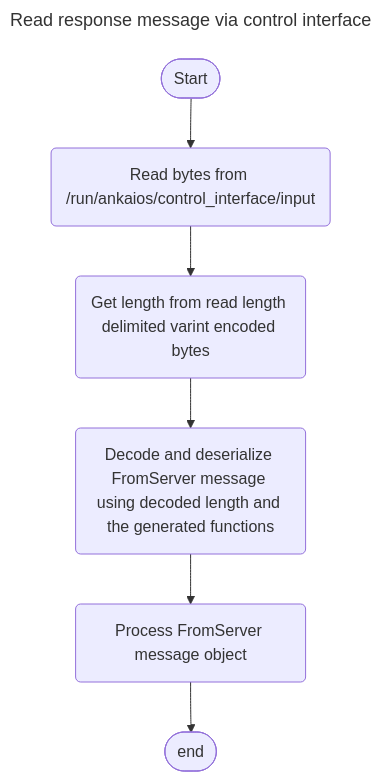
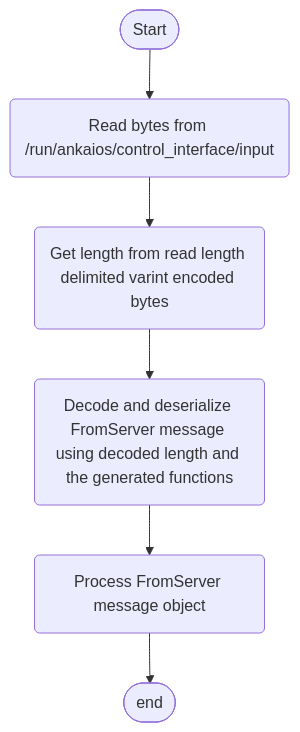
Before and after one commit to eclipse-ankaios/ankaios: the fifth of 5 diagrams in doc/docs/reference/control-interface.md, drawn with Mermaid. The commit also changed other lines of this file, not shown here.

First line of the commit message:
Fix mermaid titles in dark mode

````diff
--- a/doc/docs/reference/control-interface.md
+++ b/doc/docs/reference/control-interface.md
@@ -171,18 +163,15 @@
 ```mermaid
----
-title: Read response message via control interface
----
 flowchart TD
     begin([Start])
     input("Read bytes from /run/ankaios/control_interface/input")
     dec_length(Get length from read length delimited varint encoded bytes)
     deser_msg(Decode and deserialize FromServer message using decoded length and the generated functions)
     further_processing(Process FromServer message object)
     fin([end])
 
     begin --> input
     input --> dec_length
     dec_length --> deser_msg
     deser_msg --> further_processing
     further_processing --> fin
 ```
````
